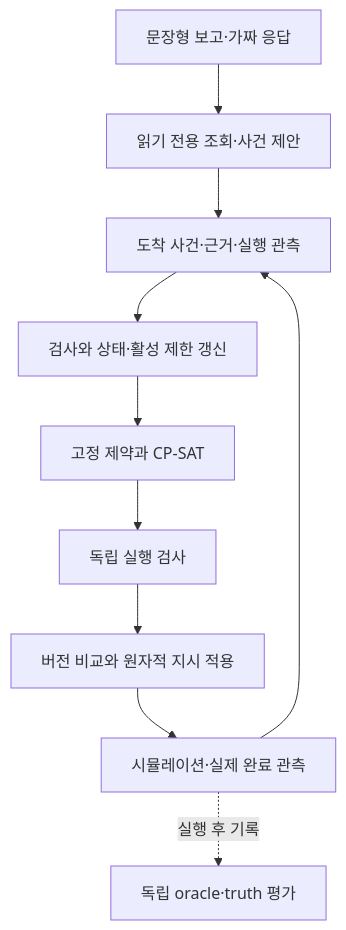
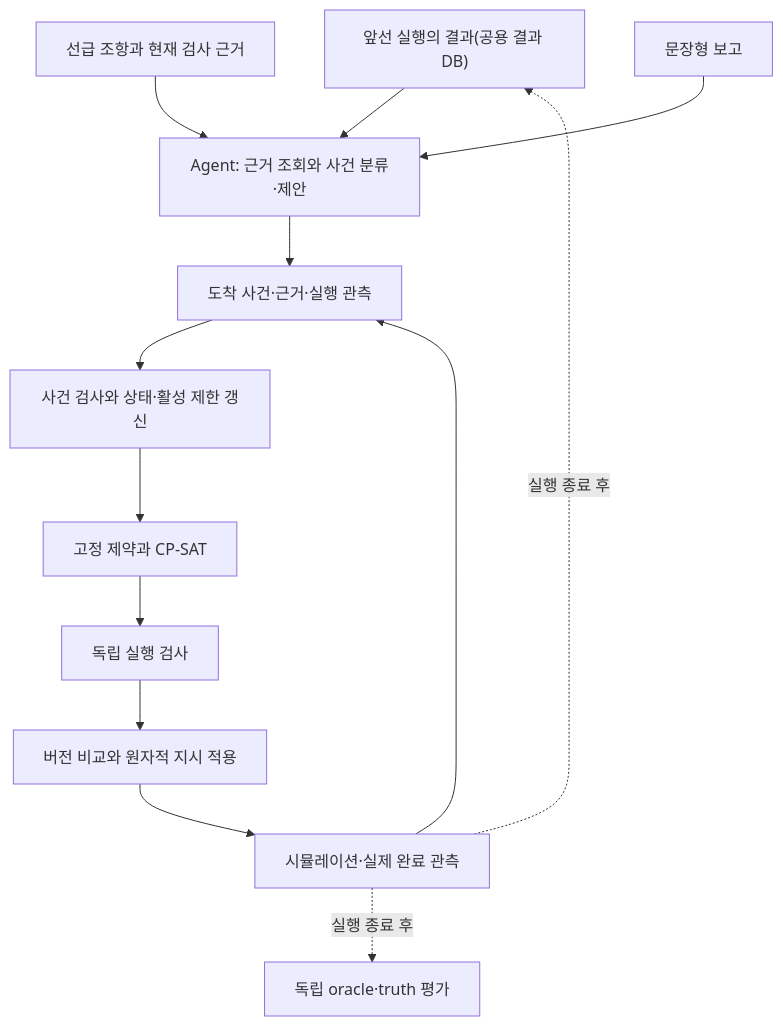
The diagram in README.md (yumsj0626-afk/shipyard-welding-automation), drawn with Mermaid before and after one commit. The commit also changed other lines of this file and 32 other files, not shown here.

````diff
--- a/README.md
+++ b/README.md
@@ -70,12 +156,15 @@
 ```mermaid
 flowchart TD
-    R["문장형 보고·가짜 응답"] --> Q["읽기 전용 조회·사건 제안"]
+    H["앞선 실행의 결과(공용 결과 DB)"] --> Q
+    K["선급 조항과 현재 검사 근거"] --> Q
+    R["문장형 보고"] --> Q["Agent: 근거 조회와 사건 분류·제안"]
     Q --> A
-    A["도착 사건·근거·실행 관측"] --> B["검사와 상태·활성 제한 갱신"]
+    A["도착 사건·근거·실행 관측"] --> B["사건 검사와 상태·활성 제한 갱신"]
     B --> C["고정 제약과 CP-SAT"]
     C --> D["독립 실행 검사"]
     D --> E["버전 비교와 원자적 지시 적용"]
     E --> F["시뮬레이션·실제 완료 관측"]
     F --> A
-    F -. 실행 후 기록 .-> G["독립 oracle·truth 평가"]
+    F -. 실행 종료 후 .-> H
+    F -. 실행 종료 후 .-> G["독립 oracle·truth 평가"]
 ```
````
